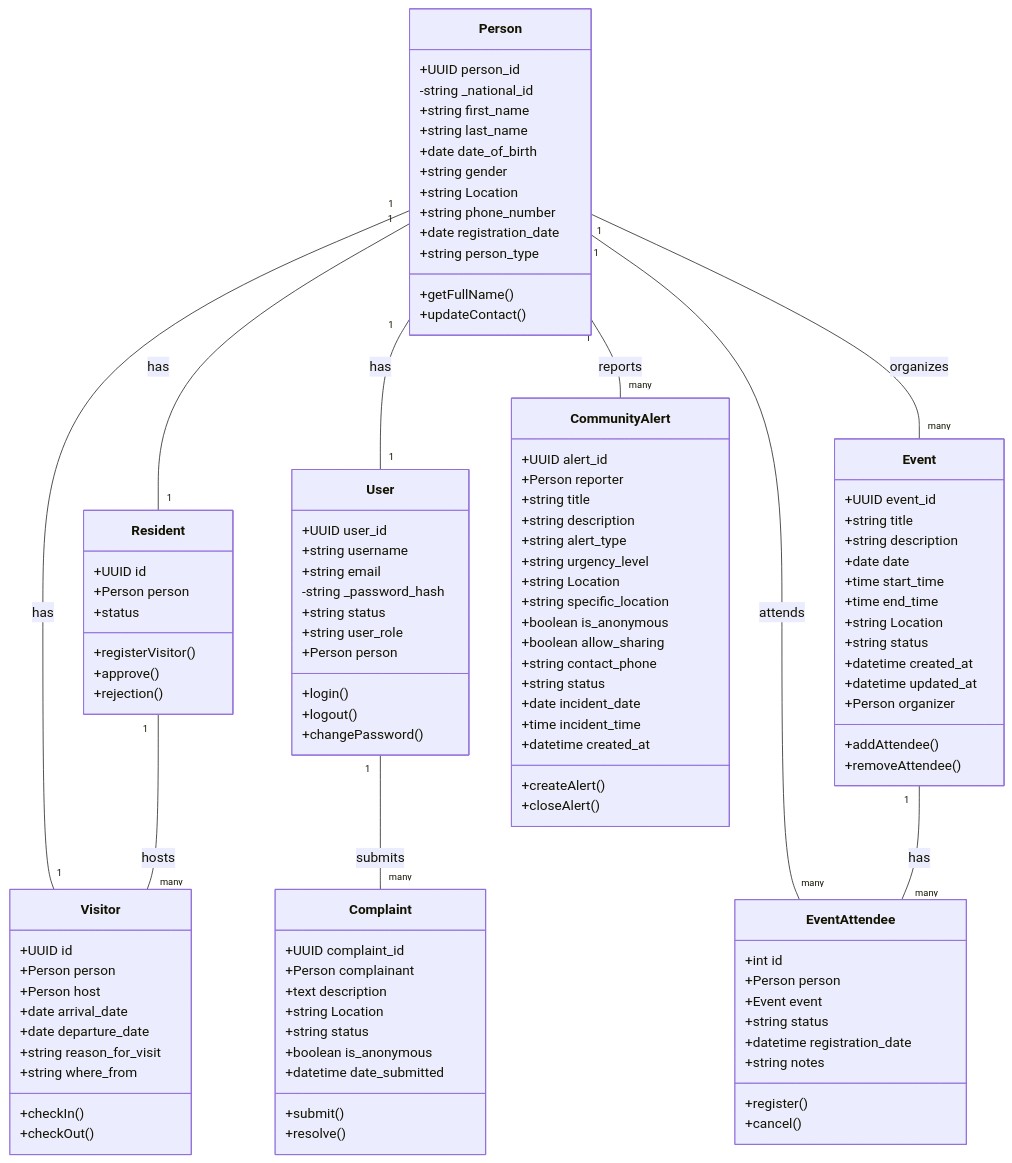
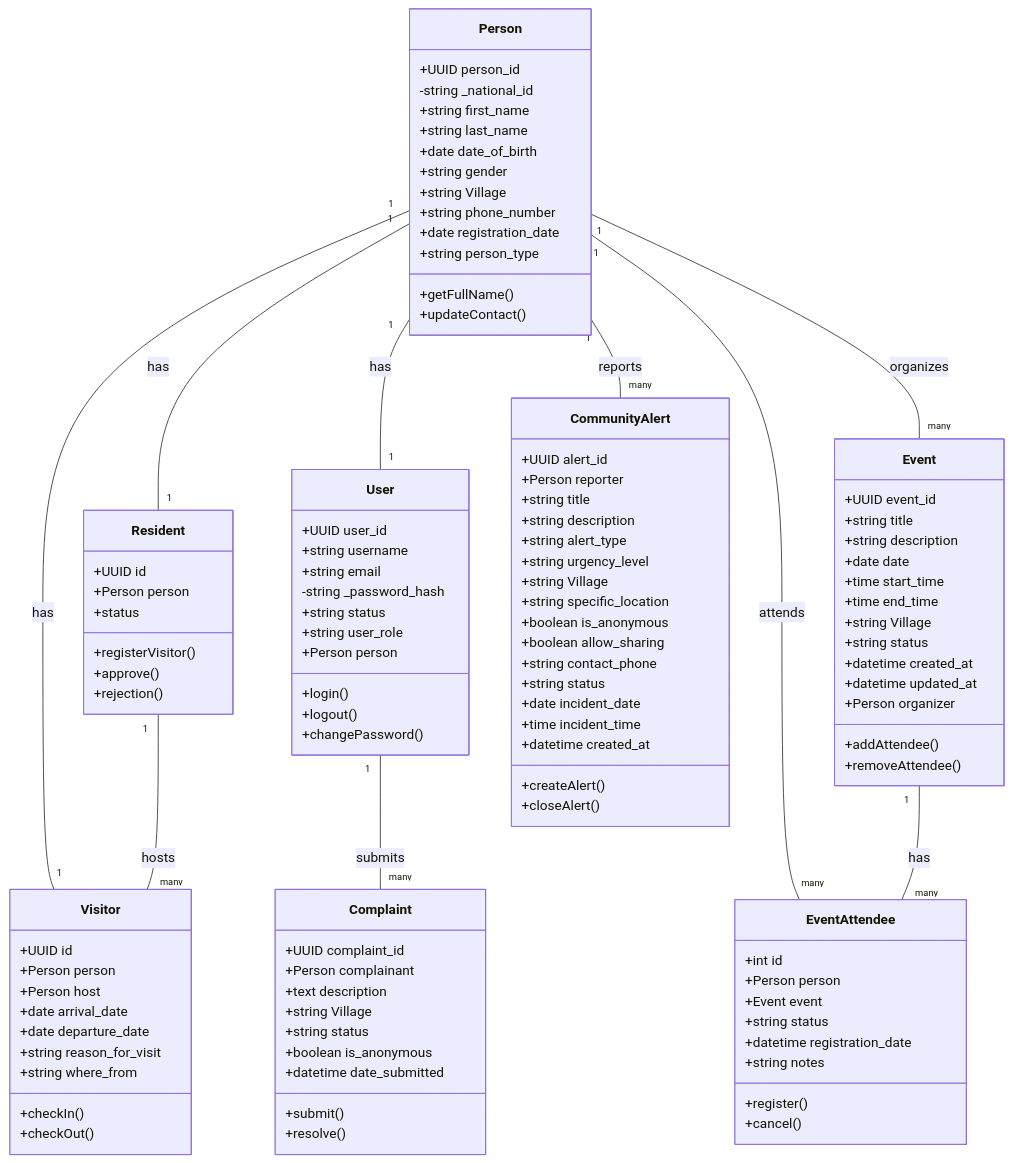
One commit to Manzp111/smartville changed the diagram in SystemDesign/classDiagram.md. Above: the diagram before and after it, drawn with Mermaid. The commit also changed 40 other files, not shown here.

```diff
--- a/SystemDesign/classDiagram.md
+++ b/SystemDesign/classDiagram.md
@@ -11,7 +11,7 @@
         +string last_name
         +date date_of_birth
         +string gender
-        +string Location
+        +string Village
         +string phone_number
         +date registration_date
         +string person_type
@@ -60,7 +60,7 @@
         +date date
         +time start_time
         +time end_time
-        +string Location
+        +string Village
         +string status
         +datetime created_at
         +datetime updated_at
@@ -84,7 +84,7 @@
         +UUID complaint_id
         +Person complainant
         +text description
-        +string Location
+        +string Village
         +string status
         +boolean is_anonymous
         +datetime date_submitted
@@ -99,7 +99,7 @@
         +string description
         +string alert_type
         +string urgency_level
-        +string Location
+        +string Village
         +string specific_location
         +boolean is_anonymous
         +boolean allow_sharing
```
